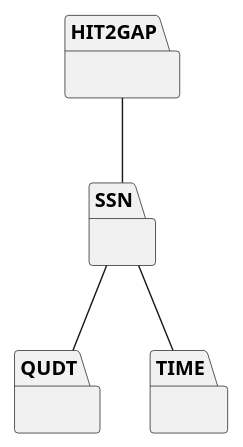
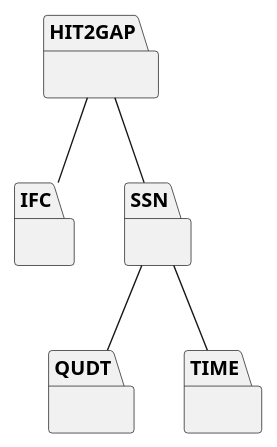
The diagram in docs/plantuml/SemanticSchemas.puml (HIT2GAP-EU-PROJECT/BEMOnt), drawn with PlantUML before and after one commit. The commit also changed 17 other files, not shown here.

```diff
--- a/docs/plantuml/SemanticSchemas.puml
+++ b/docs/plantuml/SemanticSchemas.puml
@@ -1,18 +1,23 @@
 @startuml
 
 package "HIT2GAP"{
 }
+
+package "IFC"{
+}
+
 package "SSN" {
 }
 
 package "QUDT" {
 }
 
 package "TIME" {
 }
 
 HIT2GAP -- SSN
+HIT2GAP -- IFC
 SSN--QUDT
 SSN--TIME
 
 @enduml
```
